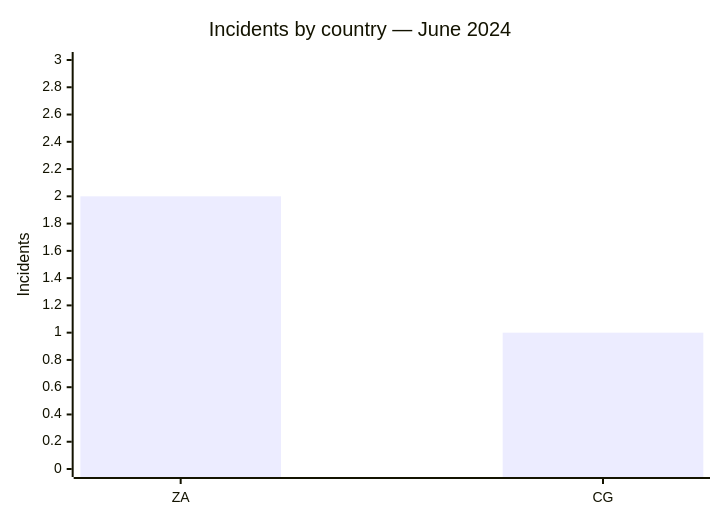
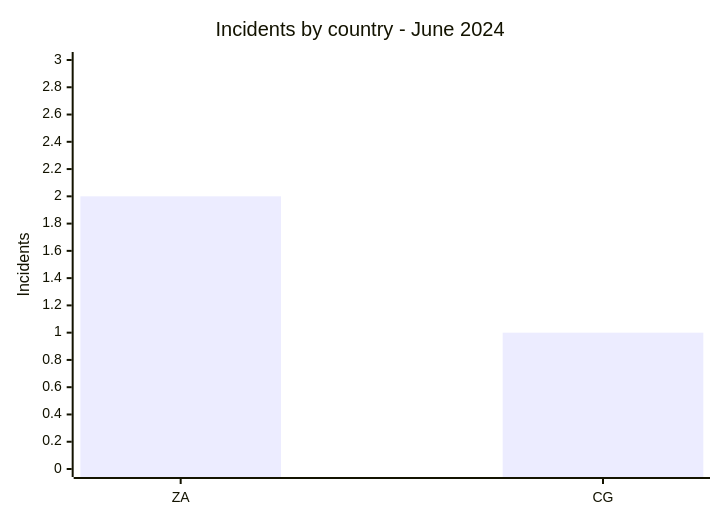
One commit to Hatchepsoute/AFRINTEL changed the first of 2 diagrams in CyberAttackAfrica/2024/06-june/README.md. Above: the diagram before and after it, drawn with Mermaid. The commit also changed other lines of this file and 182 other files, not shown here.

````diff
--- a/CyberAttackAfrica/2024/06-june/README.md
+++ b/CyberAttackAfrica/2024/06-june/README.md
@@ -40,7 +40,7 @@
 ```mermaid
 xychart
-    title "Incidents by country — June 2024"
+    title "Incidents by country - June 2024"
     x-axis ["ZA","CG"]
     y-axis "Incidents" 0 --> 3
     bar [2,1]
 ```
````
